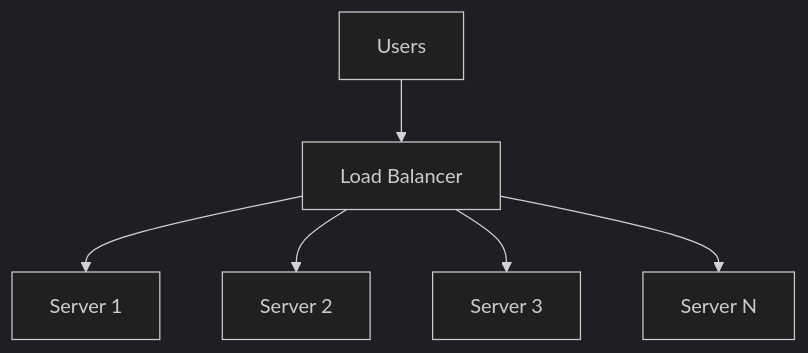
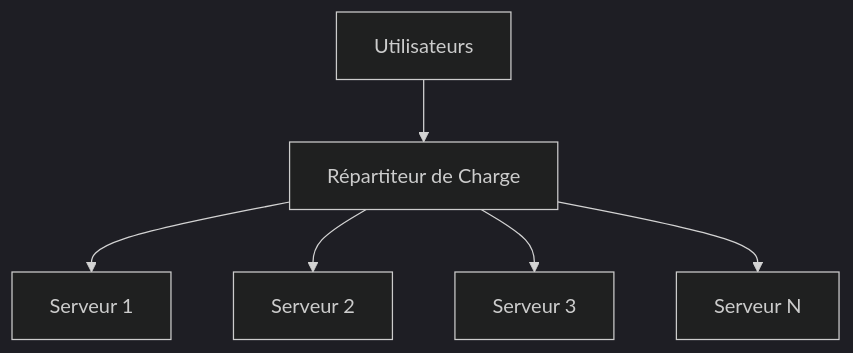
Before and after one commit to dardourimohamed/distributed-systems-course: the ninth of 9 diagrams in src/fundamentals/01-what-is-ds.md, drawn with Mermaid (dark theme). The commit also changed other lines of this file and 38 other files, not shown here.

````diff
--- a/src/fundamentals/01-what-is-ds.md
+++ b/src/fundamentals/01-what-is-ds.md
@@ -205,11 +205,11 @@
 ```mermaid
 graph TB
-    Users[Users]
-    LB[Load Balancer]
+    Users[Utilisateurs]
+    LB[Répartiteur de Charge]
 
     Users --> LB
-    LB --> S1[Server 1]
-    LB --> S2[Server 2]
-    LB --> S3[Server 3]
-    LB --> S4[Server N]
+    LB --> S1[Serveur 1]
+    LB --> S2[Serveur 2]
+    LB --> S3[Serveur 3]
+    LB --> S4[Serveur N]
 ```
````
